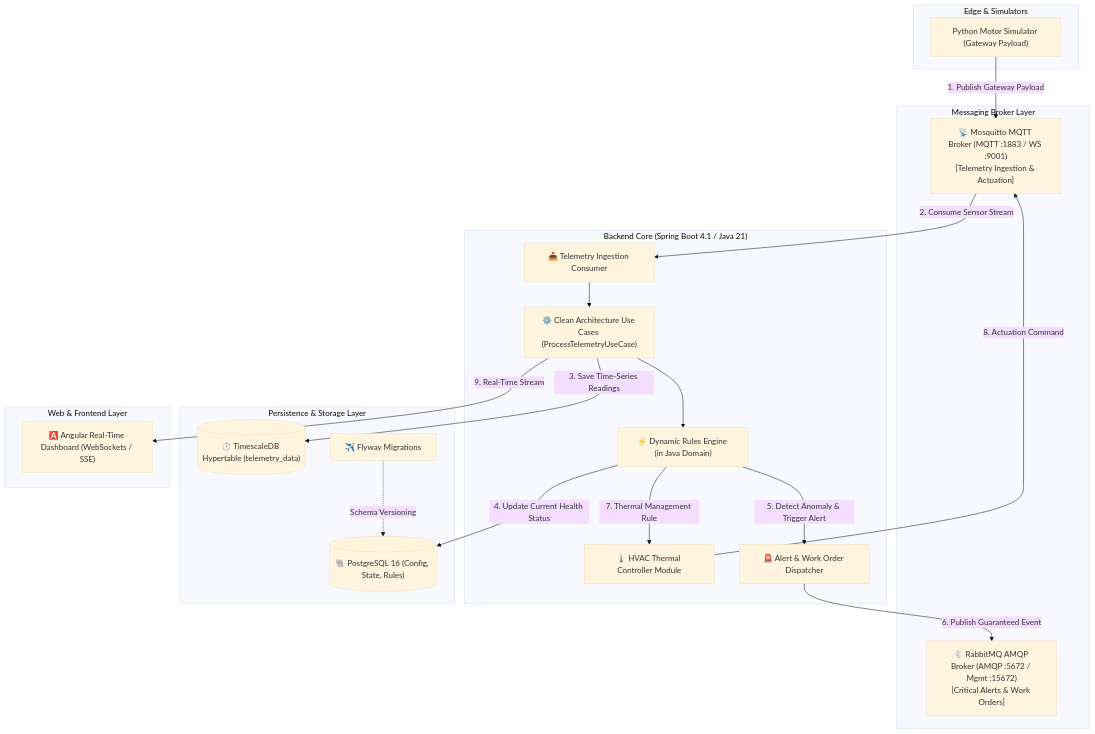
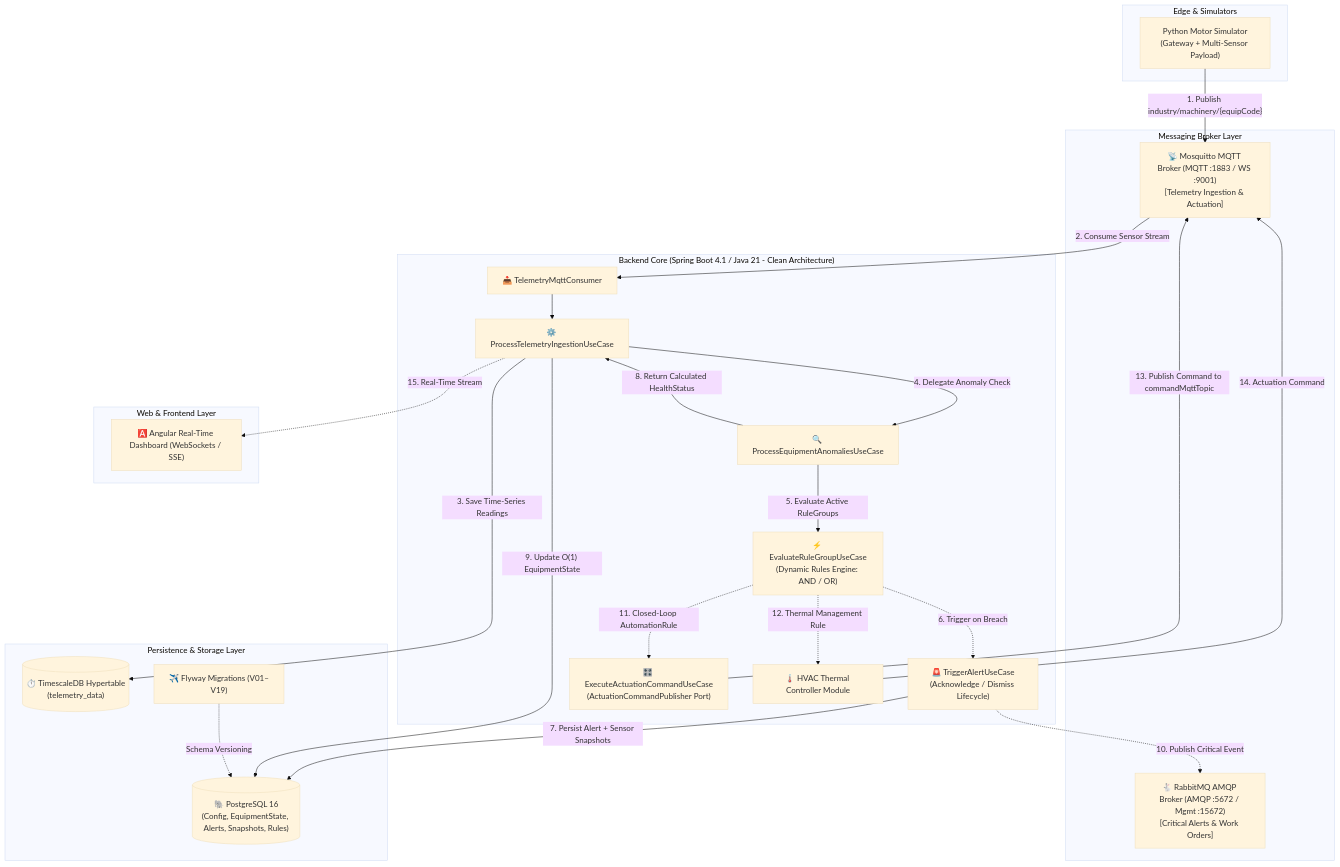
Before and after one commit to igorhgds/industrial-iot-backend: the first of 3 diagrams in README.md, drawn with Mermaid (base theme). The commit also changed other lines of this file and 3 other files, not shown here.

Commit message:
docs: update README architecture diagrams, backlog progress and refactoring

````diff
--- a/README.md
+++ b/README.md
@@ -31,42 +31,49 @@
 ```mermaid
-graph TD
+flowchart TD
     subgraph edge_sim ["Edge & Simulators"]
-        MS["Python Motor Simulator (Gateway Payload)"]
+        MS["Python Motor Simulator<br/>(Gateway + Multi-Sensor Payload)"]
     end
 
     subgraph msg_broker ["Messaging Broker Layer"]
         MQTT["📡 Mosquitto MQTT Broker (MQTT :1883 / WS :9001)<br/>[Telemetry Ingestion & Actuation]"]
         RMQ["🐇 RabbitMQ AMQP Broker (AMQP :5672 / Mgmt :15672)<br/>[Critical Alerts & Work Orders]"]
     end
 
-    subgraph backend_core ["Backend Core (Spring Boot 4.1 / Java 21)"]
-        ING["📥 Telemetry Ingestion Consumer"]
-        UC["⚙️ Clean Architecture Use Cases (ProcessTelemetryUseCase)"]
-        RULES["⚡ Dynamic Rules Engine (in Java Domain)"]
+    subgraph backend_core ["Backend Core (Spring Boot 4.1 / Java 21 - Clean Architecture)"]
+        ING["📥 TelemetryMqttConsumer"]
+        INGEST_UC["⚙️ ProcessTelemetryIngestionUseCase"]
+        ANOMALY_UC["🔍 ProcessEquipmentAnomaliesUseCase"]
+        EVAL_UC["⚡ EvaluateRuleGroupUseCase<br/>(Dynamic Rules Engine: AND / OR)"]
+        ALERT_UC["🚨 TriggerAlertUseCase<br/>(Acknowledge / Dismiss Lifecycle)"]
+        ACT_UC["🎛️ ExecuteActuationCommandUseCase<br/>(ActuationCommandPublisher Port)"]
         HVAC["🌡️ HVAC Thermal Controller Module"]
-        ALERT["🚨 Alert & Work Order Dispatcher"]
     end
 
     subgraph persistence ["Persistence & Storage Layer"]
-        PG[("🐘 PostgreSQL 16 (Config, State, Rules)")]
-        TS[("⏱️ TimescaleDB Hypertable (telemetry_data)")]
-        FLY["✈️ Flyway Migrations"]
+        PG[("🐘 PostgreSQL 16<br/>(Config, EquipmentState, Alerts, Snapshots, Rules)")]
+        TS[("⏱️ TimescaleDB Hypertable<br/>(telemetry_data)")]
+        FLY["✈️ Flyway Migrations (V01–V19)"]
     end
 
     subgraph frontend_layer ["Web & Frontend Layer"]
         ANG["🅰️ Angular Real-Time Dashboard (WebSockets / SSE)"]
     end
 
-    MS -->|1. Publish Gateway Payload| MQTT
-    MQTT -->|2. Consume Sensor Stream| ING
-    ING --> UC
-    UC -->|3. Save Time-Series Readings| TS
-    UC --> RULES
-    RULES -->|4. Update Current Health Status| PG
-    FLY -.->|Schema Versioning| PG
-    RULES -->|5. Detect Anomaly & Trigger Alert| ALERT
-    ALERT -->|6. Publish Guaranteed Event| RMQ
-    RULES -->|7. Thermal Management Rule| HVAC
-    HVAC -->|8. Actuation Command| MQTT
-    UC -->|9. Real-Time Stream| ANG
+    MS -->|"1. Publish industry/machinery/{equipCode}"| MQTT
+    MQTT -->|"2. Consume Sensor Stream"| ING
+    ING --> INGEST_UC
+    INGEST_UC -->|"3. Save Time-Series Readings"| TS
+    INGEST_UC -->|"4. Delegate Anomaly Check"| ANOMALY_UC
+    ANOMALY_UC -->|"5. Evaluate Active RuleGroups"| EVAL_UC
+    EVAL_UC -.->|"6. Trigger on Breach"| ALERT_UC
+    ALERT_UC -->|"7. Persist Alert + Sensor Snapshots"| PG
+    ANOMALY_UC -->|"8. Return Calculated HealthStatus"| INGEST_UC
+    INGEST_UC -->|"9. Update O(1) EquipmentState"| PG
+    FLY -.->|"Schema Versioning"| PG
+    ALERT_UC -.->|"10. Publish Critical Event"| RMQ
+    EVAL_UC -.->|"11. Closed-Loop AutomationRule"| ACT_UC
+    EVAL_UC -.->|"12. Thermal Management Rule"| HVAC
+    ACT_UC -->|"13. Publish Command to commandMqttTopic"| MQTT
+    HVAC -->|"14. Actuation Command"| MQTT
+    INGEST_UC -.->|"15. Real-Time Stream"| ANG
 ```
````
